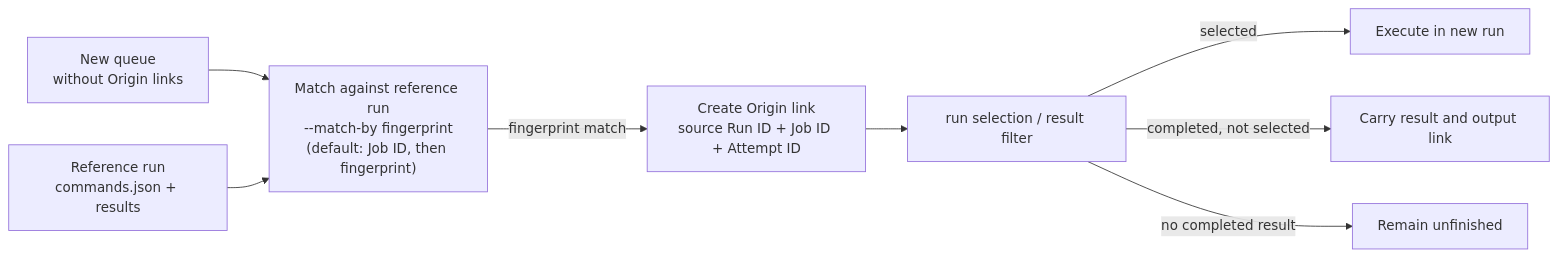
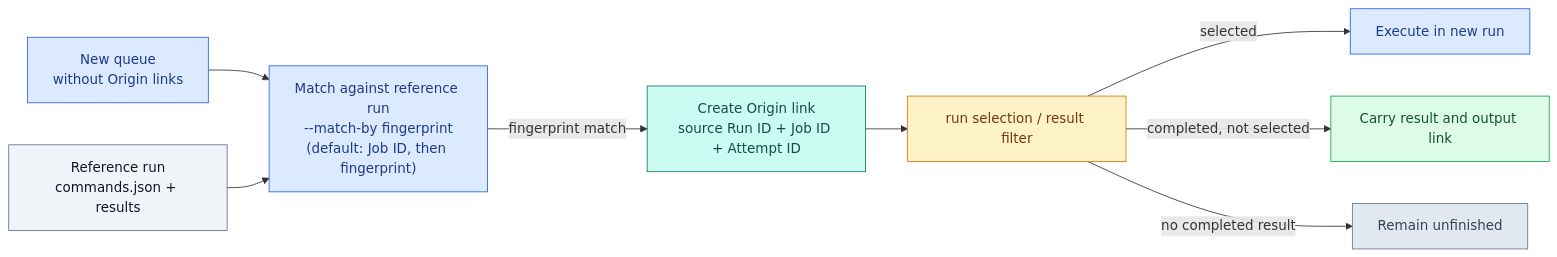
The second of 3 diagrams in docs/RUNNING.md (kamo-naoyuki/rotari), drawn with Mermaid before and after one commit. The commit also changed other lines of this file, not shown here.

Commit message:
docs: color-code rerun workflow diagrams

````diff
--- a/docs/RUNNING.md
+++ b/docs/RUNNING.md
@@ -192,10 +207,27 @@
 ```mermaid
 flowchart LR
   NewQueue["New queue<br/>without Origin links"] --> Match["Match against reference run<br/>--match-by fingerprint<br/>(default: Job ID, then fingerprint)"]
   Reference["Reference run<br/>commands.json + results"] --> Match
   Match -->|"fingerprint match"| Origin["Create Origin link<br/>source Run ID + Job ID + Attempt ID"]
   Origin --> Filter["run selection / result filter"]
   Filter -->|"selected"| Execute["Execute in new run"]
   Filter -->|"completed, not selected"| Carry["Carry result and output link"]
   Filter -->|"no completed result"| Unfinished["Remain unfinished"]
+
+  classDef source fill:#f1f5f9,stroke:#64748b,color:#0f172a
+  classDef queue fill:#dbeafe,stroke:#2563eb,color:#1e3a8a
+  classDef match fill:#dbeafe,stroke:#2563eb,color:#1e3a8a
+  classDef origin fill:#ccfbf1,stroke:#0f766e,color:#134e4a
+  classDef filter fill:#fef3c7,stroke:#d97706,color:#78350f
+  classDef execute fill:#dbeafe,stroke:#2563eb,color:#1e3a8a
+  classDef carried fill:#dcfce7,stroke:#16a34a,color:#14532d
+  classDef unfinished fill:#e2e8f0,stroke:#64748b,color:#334155
+  class NewQueue queue
+  class Reference source
+  class Match match
+  class Origin origin
+  class Filter filter
+  class Execute execute
+  class Carry carried
+  class Unfinished unfinished
 ```
````
